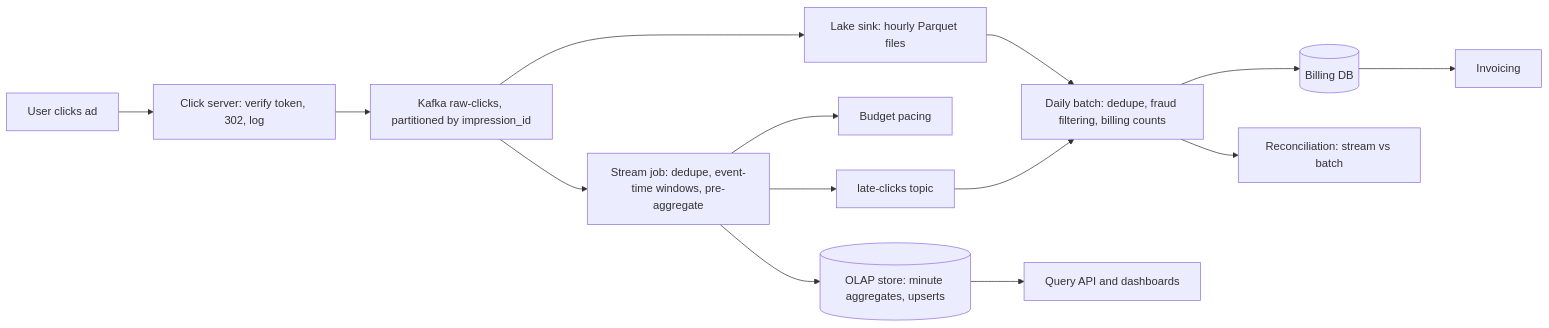
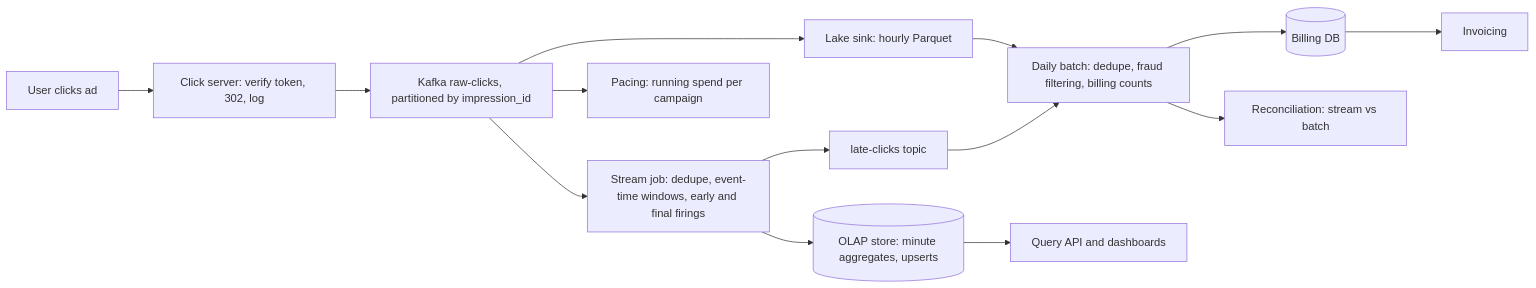
Before and after one commit to thull32/ascend: the diagram in content/tracks/09-system-design/03-case-studies/17-ad-click-aggregation.md, drawn with Mermaid. The commit also changed other lines of this file and 9 other files, not shown here.

````diff
--- a/content/tracks/09-system-design/03-case-studies/17-ad-click-aggregation.md
+++ b/content/tracks/09-system-design/03-case-studies/17-ad-click-aggregation.md
@@ -91,16 +91,16 @@
 ```mermaid
 flowchart LR
   U["User clicks ad"] --> R["Click server: verify token, 302, log"]
   R --> K["Kafka raw-clicks, partitioned by impression_id"]
-  K --> F["Stream job: dedupe, event-time windows, pre-aggregate"]
+  K --> F["Stream job: dedupe, event-time windows, early and final firings"]
   F --> O[("OLAP store: minute aggregates, upserts")]
-  F --> P["Budget pacing"]
+  K --> P["Pacing: running spend per campaign"]
   F --> LT["late-clicks topic"]
-  K --> S["Lake sink: hourly Parquet files"]
+  K --> S["Lake sink: hourly Parquet"]
   S --> B["Daily batch: dedupe, fraud filtering, billing counts"]
   LT --> B
   B --> BD[("Billing DB")]
   B --> REC["Reconciliation: stream vs batch"]
   O --> Q["Query API and dashboards"]
   BD --> INV["Invoicing"]
 ```
````
